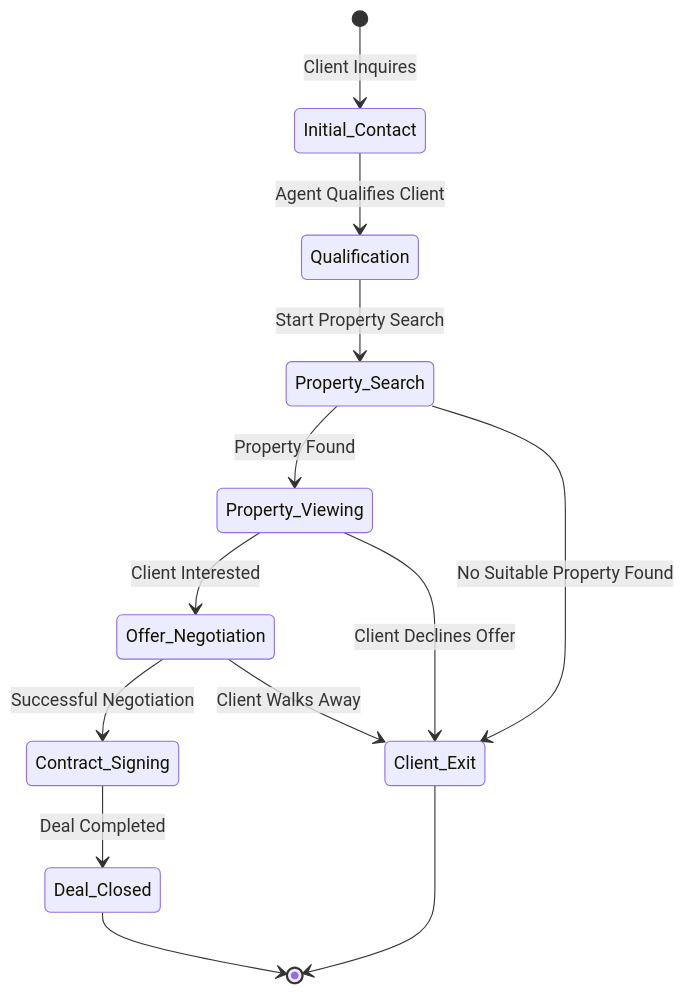
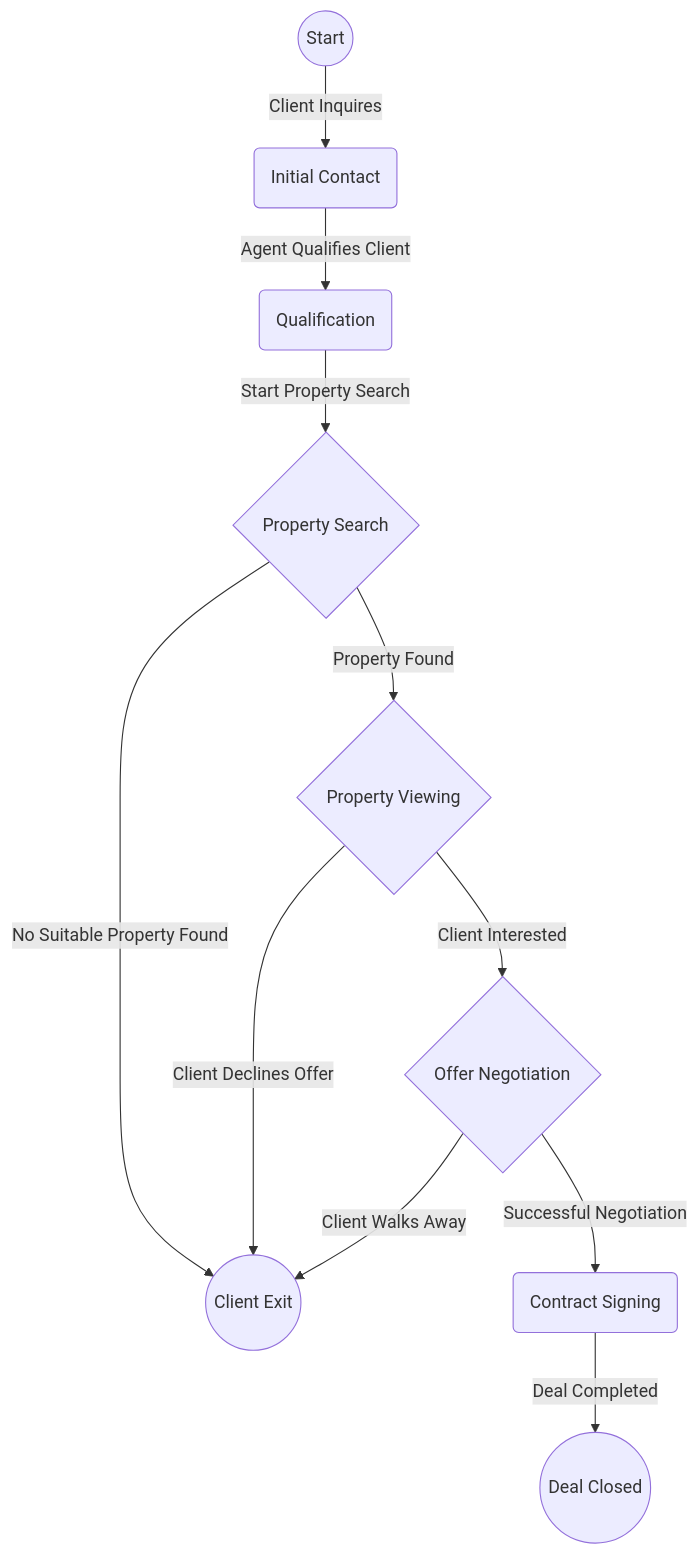
One commit to tuxonice/state-machine changed the diagram in README.md. Above: the diagram before and after it, drawn with Mermaid. The commit also changed other lines of this file and 12 other files, not shown here.

````diff
--- a/README.md
+++ b/README.md
@@ -170,16 +203,13 @@
 ```mermaid
-stateDiagram
-    [*] --> Initial_Contact : Client Inquires
-    Initial_Contact --> Qualification : Agent Qualifies Client
-    Qualification --> Property_Search : Start Property Search
-    Property_Search --> Property_Viewing : Property Found
-    Property_Viewing --> Offer_Negotiation : Client Interested
-    Offer_Negotiation --> Contract_Signing : Successful Negotiation
-    Contract_Signing --> Deal_Closed : Deal Completed
-    Deal_Closed --> [*]
-    
-    Property_Search --> Client_Exit : No Suitable Property Found
-    Property_Viewing --> Client_Exit : Client Declines Offer
-    Offer_Negotiation --> Client_Exit : Client Walks Away
-    Client_Exit --> [*]
+graph TD
+    start((Start)) -->|Client Inquires| initial_contact(Initial Contact)
+    initial_contact --> |Agent Qualifies Client| qualification(Qualification)
+    qualification --> |Start Property Search| property_search{Property Search}
+    property_search -->|Property Found| property_viewing{Property Viewing}
+    property_search -->|No Suitable Property Found| client_exit((Client Exit))
+    property_viewing --> |Client Interested| offer_negotiation{Offer Negotiation}
+    property_viewing --> |Client Declines Offer| client_exit((Client Exit))
+    offer_negotiation --> |Successful Negotiation| contract_signing(Contract Signing)
+    offer_negotiation --> |Client Walks Away| client_exit((Client Exit))
+    contract_signing --> |Deal Completed| deal_closed((Deal Closed))
 ```
````
